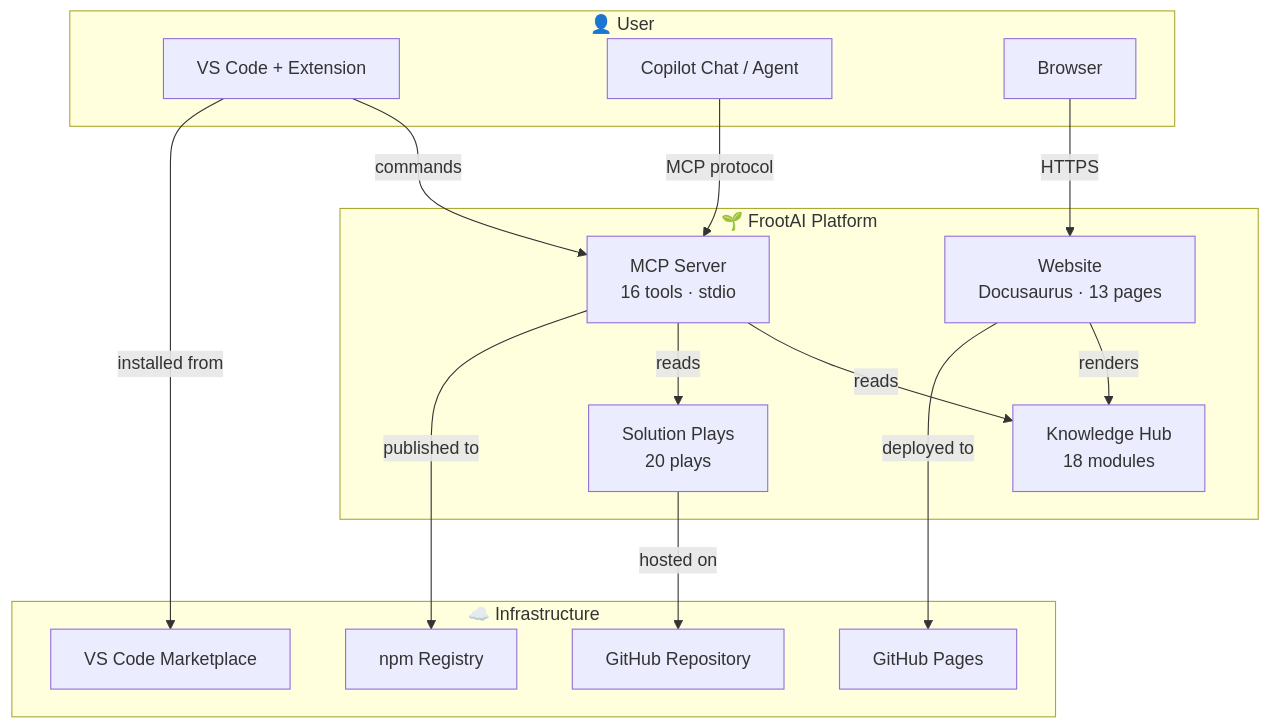
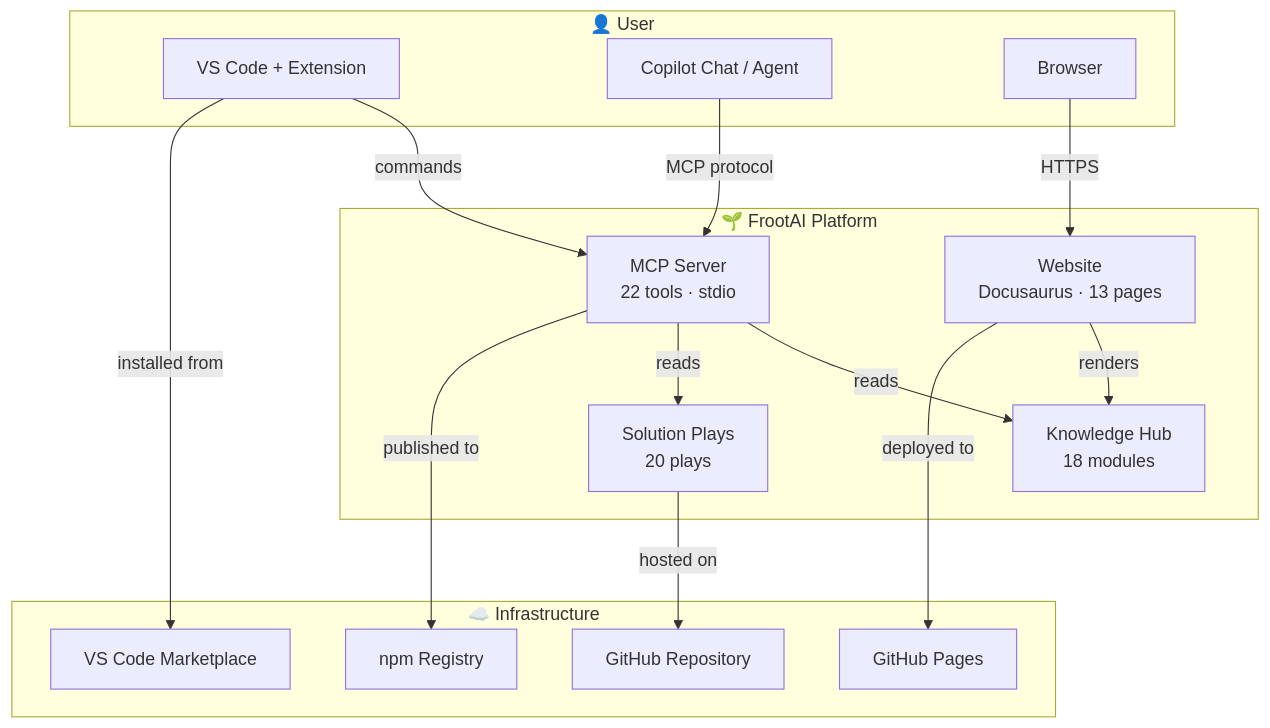
The first of 8 diagrams in docs/architecture-overview.md (frootai/fai), drawn with Mermaid before and after one commit. The commit also changed other lines of this file and 65 other files, not shown here.

````diff
--- a/docs/architecture-overview.md
+++ b/docs/architecture-overview.md
@@ -14,33 +14,33 @@
 ```mermaid
 graph TB
     subgraph User["👤 User"]
         VSCode["VS Code + Extension"]
         Chat["Copilot Chat / Agent"]
         Browser["Browser"]
     end
 
     subgraph Platform["🌱 FrootAI Platform"]
-        MCP["MCP Server<br/>16 tools · stdio"]
+        MCP["MCP Server<br/>22 tools · stdio"]
         Web["Website<br/>Docusaurus · 13 pages"]
         Docs["Knowledge Hub<br/>18 modules"]
         Plays["Solution Plays<br/>20 plays"]
     end
 
     subgraph Infra["☁️ Infrastructure"]
         GHP["GitHub Pages"]
         NPM["npm Registry"]
         VSCM["VS Code Marketplace"]
         GH["GitHub Repository"]
     end
 
     VSCode -->|"commands"| MCP
     Chat -->|"MCP protocol"| MCP
     Browser -->|"HTTPS"| Web
     MCP -->|"reads"| Docs
     MCP -->|"reads"| Plays
     Web -->|"renders"| Docs
     Web -->|"deployed to"| GHP
     MCP -->|"published to"| NPM
     VSCode -->|"installed from"| VSCM
     Plays -->|"hosted on"| GH
 ```
````
